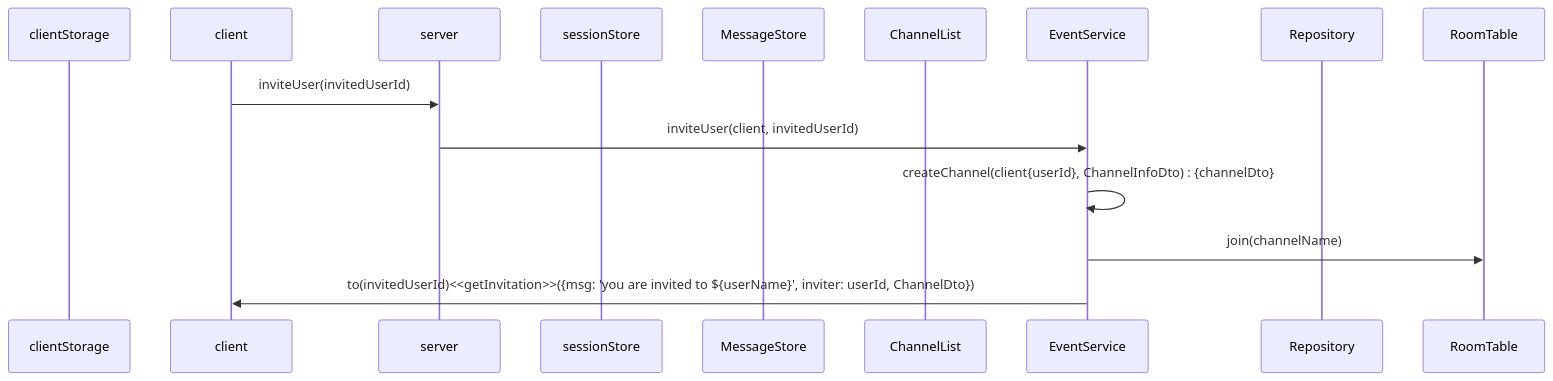
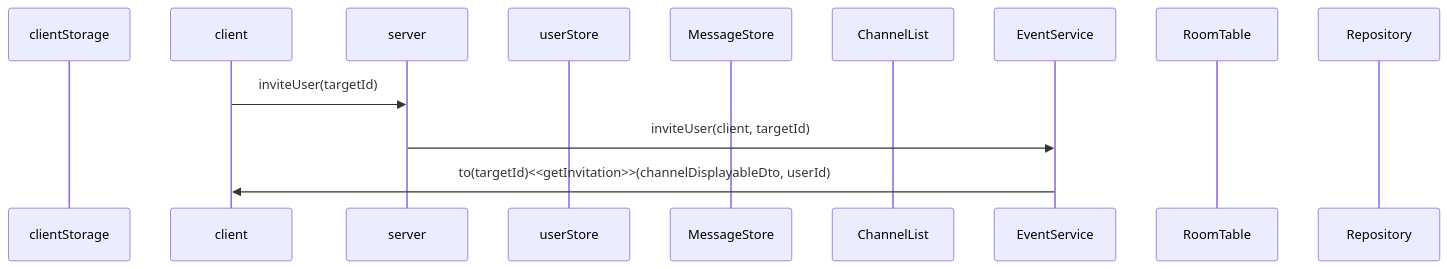
Diagram 13 of 19 in backend/node/app/event.md (mtak0235/simmons_transcendence), drawn with Mermaid before and after one commit. The commit also changed other lines of this file, not shown here.

````diff
--- a/backend/node/app/event.md
+++ b/backend/node/app/event.md
@@ -327,18 +379,16 @@
 ```mermaid
 sequenceDiagram
 participant cls as clientStorage
 participant c as client
 participant ga as server
-participant ss as sessionStore
+participant ss as userStore
 participant ms as MessageStore
 participant cns as ChannelList
 participant cs as EventService
+participant rt as RoomTable
 participant r as Repository
-participant rt as RoomTable
 
-c->>ga: inviteUser(invitedUserId)
-ga->>cs: inviteUser(client, invitedUserId)
-cs->>cs: createChannel(client{userId}, ChannelInfoDto) : {channelDto}
-cs->>rt: join(channelName)
-cs->>c: to(invitedUserId)<<getInvitation>>({msg: 'you are invited to ${userName}', inviter: userId, ChannelDto})
+c->>ga: inviteUser(targetId)
+ga->>cs: inviteUser(client, targetId)
+cs->>c: to(targetId)<<getInvitation>>(channelDisplayableDto, userId)
 ```
````
